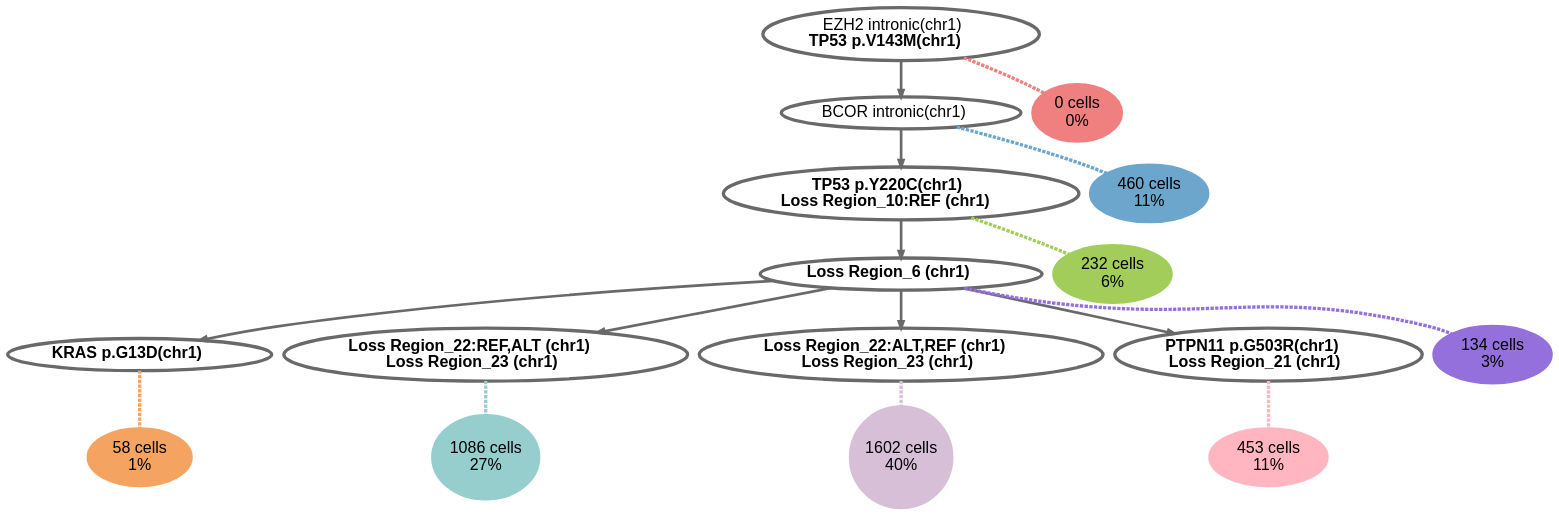
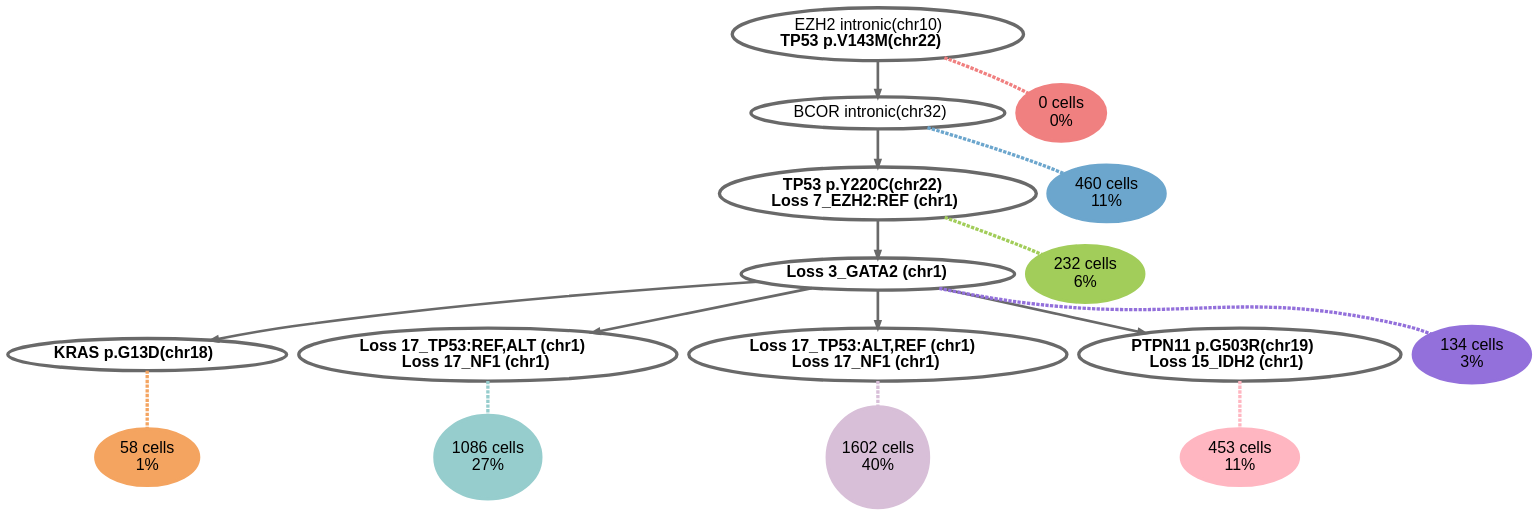
The diagram in results/compass_output/AML-101-001/AML-101-001_c16_l400_tree.gv (pawlakG/ScIGMA), drawn with Graphviz before and after one commit. The commit also changed 144 other files, not shown here.

Commit message:
Fix chromosome label. Still bug on loss and gain chromosome anotation

```diff
--- a/results/compass_output/AML-101-001/AML-101-001_c16_l400_tree.gv
+++ b/results/compass_output/AML-101-001/AML-101-001_c16_l400_tree.gv
@@ -1,34 +1,34 @@
 digraph G{
 node [color=dimgray fontsize=24 fontcolor=black fontname=Helvetica penwidth=5];
 0 -> 1 [color=dimgray penwidth=4 weight=2];
 7 -> 2 [color=dimgray penwidth=4 weight=2];
 7 -> 3 [color=dimgray penwidth=4 weight=2];
 7 -> 4 [color=dimgray penwidth=4 weight=2];
 1 -> 5 [color=dimgray penwidth=4 weight=2];
 7 -> 6 [color=dimgray penwidth=4 weight=2];
 5 -> 7 [color=dimgray penwidth=4 weight=2];
-0[label=<EZH2 intronic(chr1)<br/><B>TP53 p.V143M(chr1)</B><br/>>];
-1[label=<BCOR intronic(chr1)<br/>>];
-2[label=<<B>KRAS p.G13D(chr1)</B><br/>>];
-3[label=<<B>Loss Region_22:REF,ALT (chr1)</B><br/><B>Loss Region_23 (chr1)</B><br/>>];
-4[label=<<B>Loss Region_22:ALT,REF (chr1)</B><br/><B>Loss Region_23 (chr1)</B><br/>>];
-5[label=<<B>TP53 p.Y220C(chr1)</B><br/><B>Loss Region_10:REF (chr1)</B><br/>>];
-6[label=<<B>PTPN11 p.G503R(chr1)</B><br/><B>Loss Region_21 (chr1)</B><br/>>];
-7[label=<<B>Loss Region_6 (chr1)</B><br/>>];
+0[label=<EZH2 intronic(chr10)<br/><B>TP53 p.V143M(chr22)</B><br/>>];
+1[label=<BCOR intronic(chr32)<br/>>];
+2[label=<<B>KRAS p.G13D(chr18)</B><br/>>];
+3[label=<<B>Loss 17_TP53:REF,ALT (chr1)</B><br/><B>Loss 17_NF1 (chr1)</B><br/>>];
+4[label=<<B>Loss 17_TP53:ALT,REF (chr1)</B><br/><B>Loss 17_NF1 (chr1)</B><br/>>];
+5[label=<<B>TP53 p.Y220C(chr22)</B><br/><B>Loss 7_EZH2:REF (chr1)</B><br/>>];
+6[label=<<B>PTPN11 p.G503R(chr19)</B><br/><B>Loss 15_IDH2 (chr1)</B><br/>>];
+7[label=<<B>Loss 3_GATA2 (chr1)</B><br/>>];
 0 -> 8 [dir=none style=dashed weight=1 penwidth=5 color=lightcoral];
 1 -> 9 [dir=none style=dashed weight=1 penwidth=5 color=skyblue3];
 2 -> 10 [dir=none style=dashed weight=1 penwidth=5 color=sandybrown];
 3 -> 11 [dir=none style=dashed weight=1 penwidth=5 color=paleturquoise3];
 4 -> 12 [dir=none style=dashed weight=1 penwidth=5 color=thistle];
 5 -> 13 [dir=none style=dashed weight=1 penwidth=5 color=darkolivegreen3];
 6 -> 14 [dir=none style=dashed weight=1 penwidth=5 color=lightpink];
 7 -> 15 [dir=none style=dashed weight=1 penwidth=5 color=mediumpurple];
 8[label="0 cells\n0\%" style = filled width=0 height=0 color=lightcoral];
 9[label="460 cells\n11\%" style = filled width=1.12687 height=1.12687 color=skyblue3];
 10[label="58 cells\n1\%" style = filled width=0.400138 height=0.400138 color=sandybrown];
 11[label="1086 cells\n27\%" style = filled width=1.73145 height=1.73145 color=paleturquoise3];
 12[label="1602 cells\n40\%" style = filled width=2.10294 height=2.10294 color=thistle];
 13[label="232 cells\n6\%" style = filled width=0.800276 height=0.800276 color=darkolivegreen3];
 14[label="453 cells\n11\%" style = filled width=1.11827 height=1.11827 color=lightpink];
 15[label="134 cells\n3\%" style = filled width=0.608203 height=0.608203 color=mediumpurple];
 }
```
